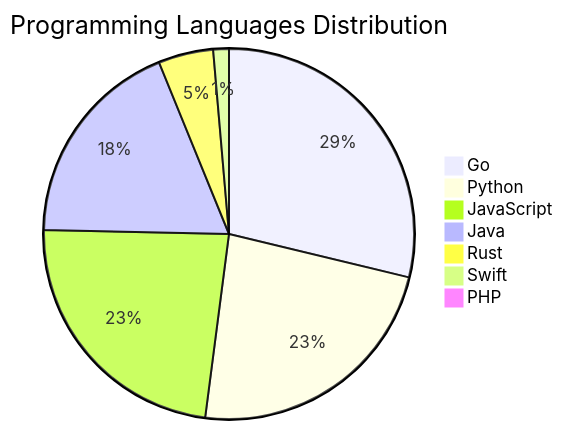
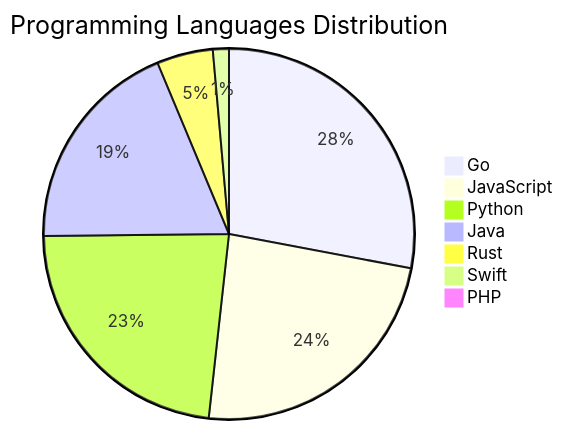
The diagram in README.md (Derrick-MUGISHA/github-activity-bot), drawn with Mermaid before and after one commit. The commit also changed other lines of this file and 4 other files, not shown here.

````diff
--- a/README.md
+++ b/README.md
@@ -209,10 +209,10 @@
 ```mermaid
 pie title Programming Languages Distribution
-    "Go" : 42
-    "Python" : 34
+    "Go" : 40
     "JavaScript" : 34
+    "Python" : 33
     "Java" : 27
     "Rust" : 7
     "Swift" : 2
     "PHP" : 1
 ```
````
